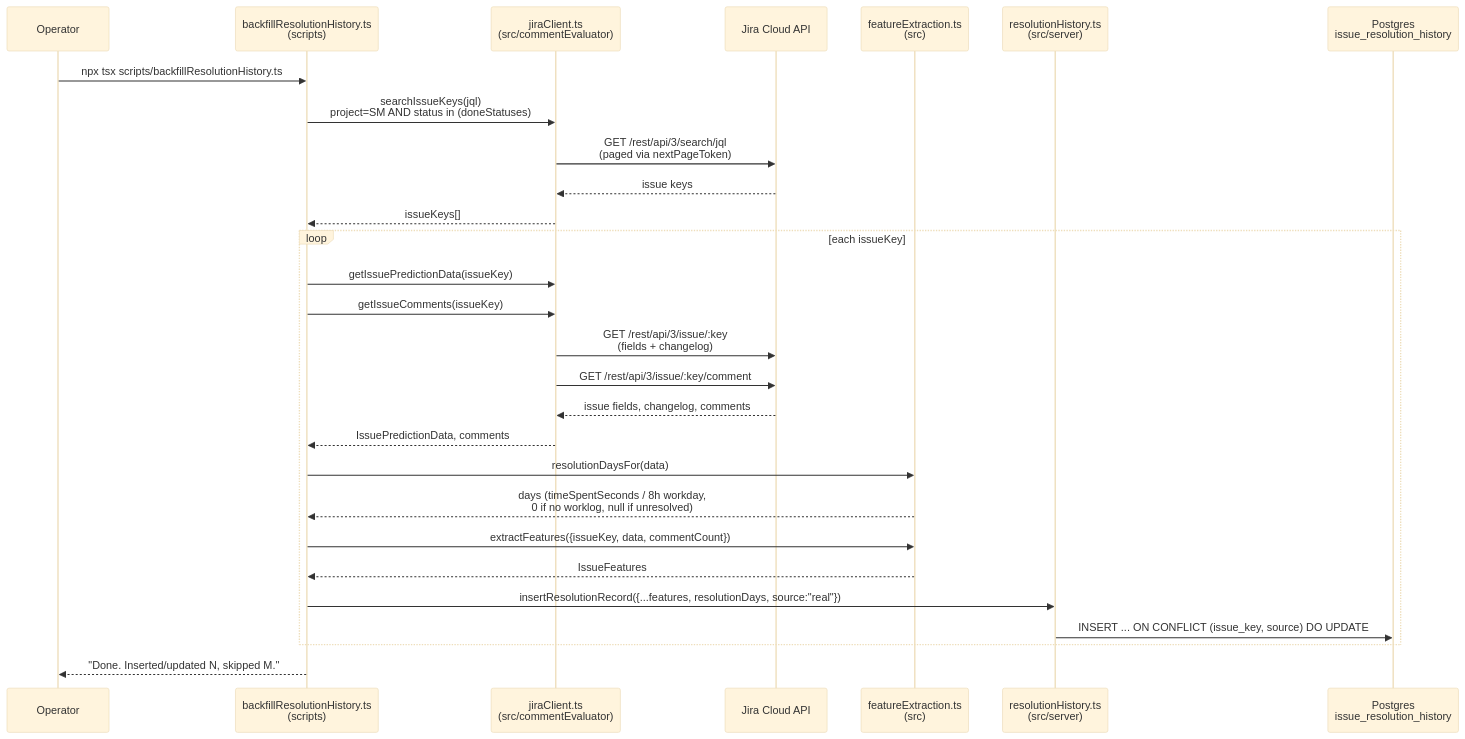
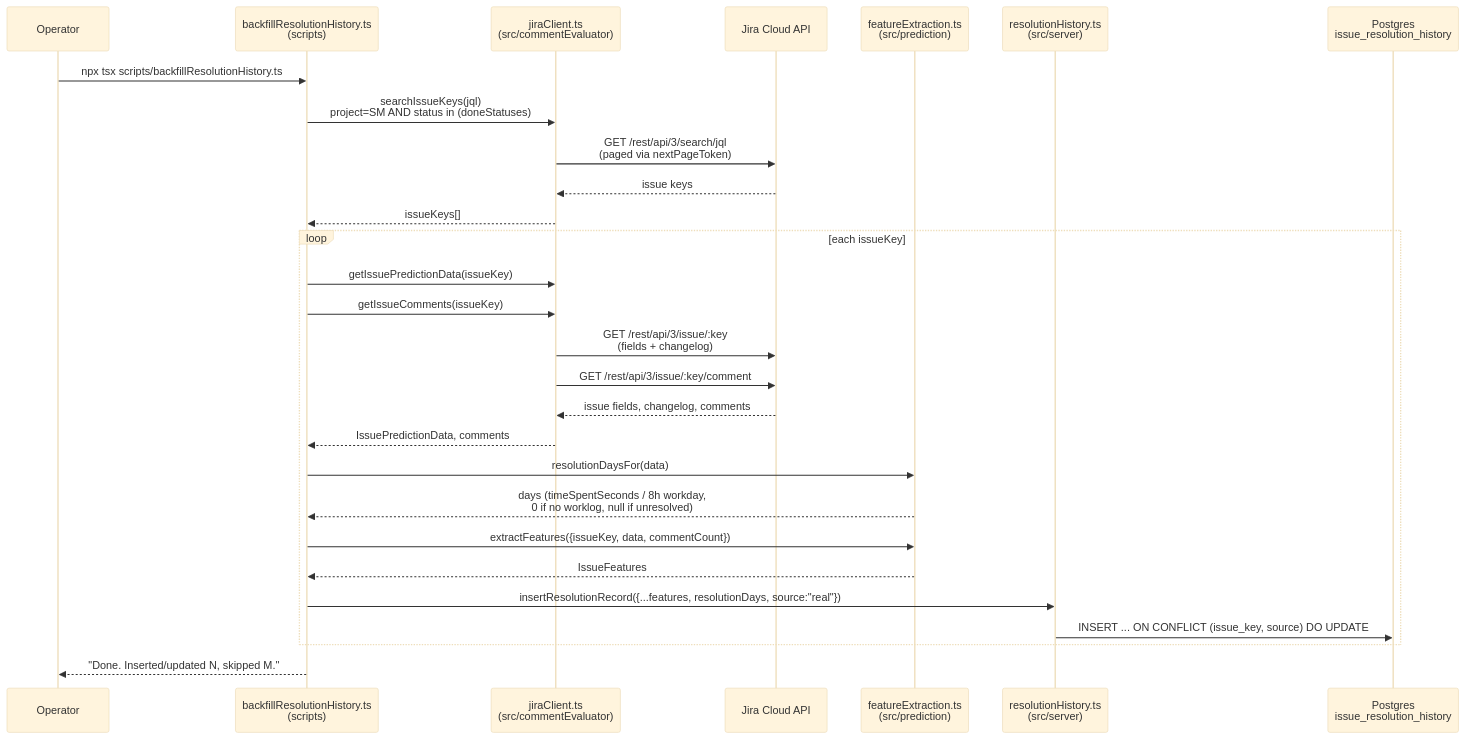
Before and after one commit to nijin-vinodan/sprint-manager: the first of 3 diagrams in docs/sequence-resolution-prediction.md, drawn with Mermaid (base theme). The commit also changed other lines of this file and 8 other files, not shown here.

````diff
--- a/docs/sequence-resolution-prediction.md
+++ b/docs/sequence-resolution-prediction.md
@@ -16,32 +16,32 @@
 ```mermaid
 sequenceDiagram
     participant Operator
     participant Script as backfillResolutionHistory.ts<br/>(scripts)
     participant JiraClient as jiraClient.ts<br/>(src/commentEvaluator)
     participant Jira as Jira Cloud API
-    participant FeatureExtraction as featureExtraction.ts<br/>(src)
+    participant FeatureExtraction as featureExtraction.ts<br/>(src/prediction)
     participant ResolutionHistory as resolutionHistory.ts<br/>(src/server)
     participant DB as Postgres<br/>issue_resolution_history
 
     Operator->>Script: npx tsx scripts/backfillResolutionHistory.ts
     Script->>JiraClient: searchIssueKeys(jql)<br/>project=SM AND status in (doneStatuses)
     JiraClient->>Jira: GET /rest/api/3/search/jql<br/>(paged via nextPageToken)
     Jira-->>JiraClient: issue keys
     JiraClient-->>Script: issueKeys[]
 
     loop each issueKey
         Script->>JiraClient: getIssuePredictionData(issueKey)
         Script->>JiraClient: getIssueComments(issueKey)
         JiraClient->>Jira: GET /rest/api/3/issue/:key<br/>(fields + changelog)
         JiraClient->>Jira: GET /rest/api/3/issue/:key/comment
         Jira-->>JiraClient: issue fields, changelog, comments
         JiraClient-->>Script: IssuePredictionData, comments
         Script->>FeatureExtraction: resolutionDaysFor(data)
         FeatureExtraction-->>Script: days (timeSpentSeconds / 8h workday,<br/>0 if no worklog, null if unresolved)
         Script->>FeatureExtraction: extractFeatures({issueKey, data, commentCount})
         FeatureExtraction-->>Script: IssueFeatures
         Script->>ResolutionHistory: insertResolutionRecord({...features, resolutionDays, source:"real"})
         ResolutionHistory->>DB: INSERT ... ON CONFLICT (issue_key, source) DO UPDATE
     end
     Script-->>Operator: "Done. Inserted/updated N, skipped M."
 ```
````
